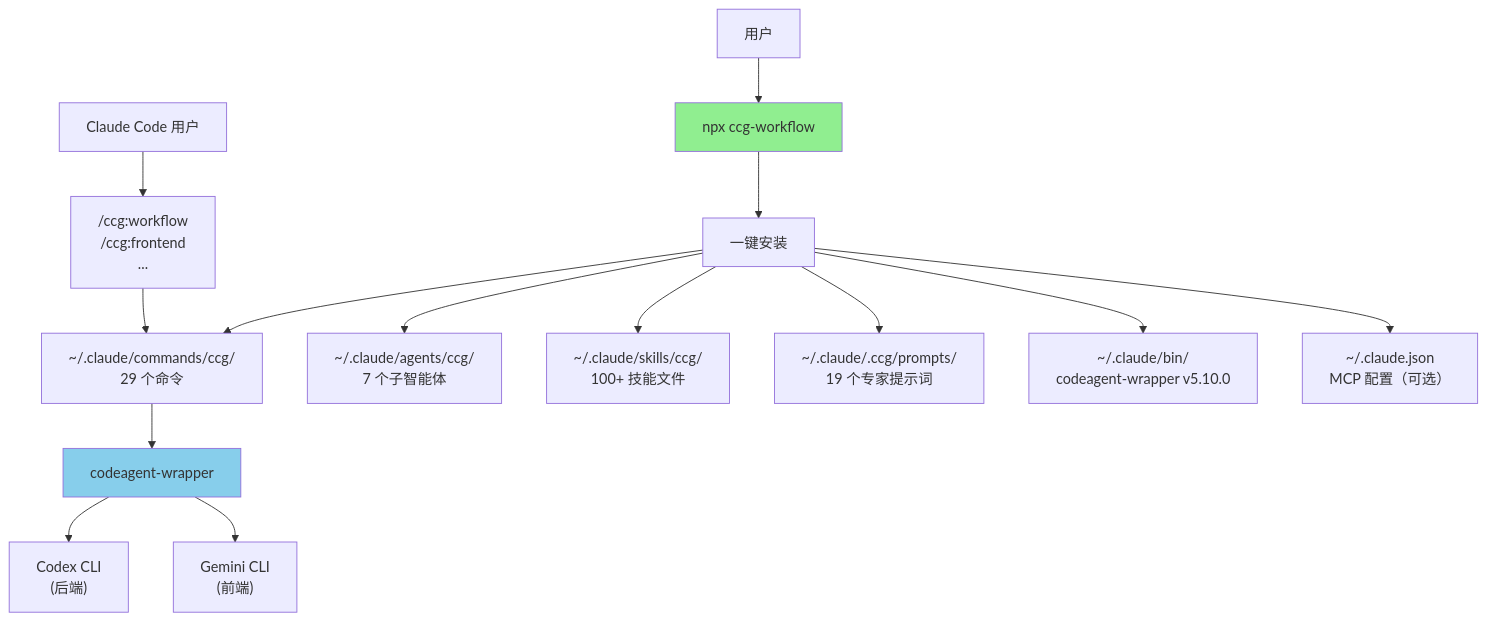
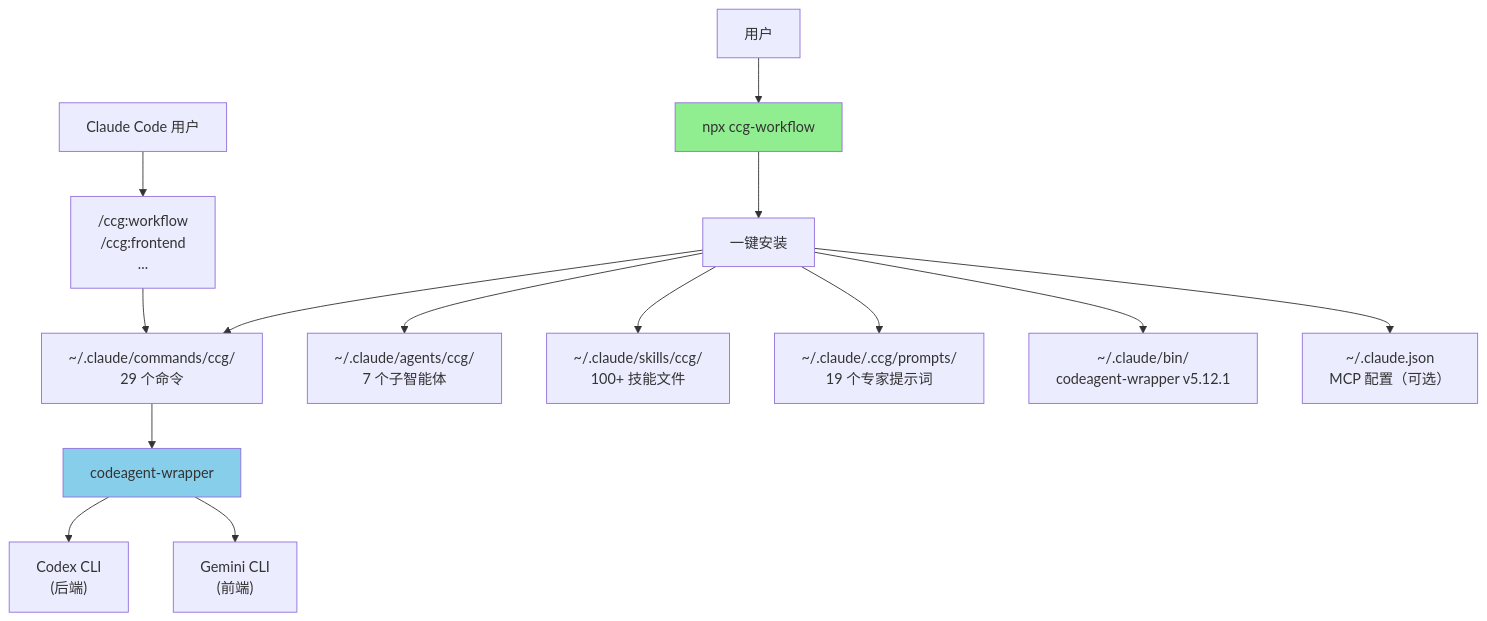
The diagram in CLAUDE.md (jed-zed/ccg-gptpro-worflow), drawn with Mermaid before and after one commit. The commit also changed other lines of this file and 24 other files, not shown here.

````diff
--- a/CLAUDE.md
+++ b/CLAUDE.md
@@ -598,22 +604,22 @@
 ```mermaid
 graph TD
     User["用户"] --> CLI["npx ccg-workflow"]
     CLI --> Init["一键安装"]
 
     Init --> Commands["~/.claude/commands/ccg/<br/>29 个命令"]
     Init --> Agents["~/.claude/agents/ccg/<br/>7 个子智能体"]
     Init --> Skills["~/.claude/skills/ccg/<br/>100+ 技能文件"]
     Init --> Prompts["~/.claude/.ccg/prompts/<br/>19 个专家提示词"]
-    Init --> Binary["~/.claude/bin/<br/>codeagent-wrapper v5.10.0"]
+    Init --> Binary["~/.claude/bin/<br/>codeagent-wrapper v5.12.1"]
     Init --> MCP["~/.claude.json<br/>MCP 配置（可选）"]
 
     User2["Claude Code 用户"] --> SlashCmd["/ccg:workflow<br/>/ccg:frontend<br/>..."]
     SlashCmd --> Commands
 
     Commands --> Wrapper["codeagent-wrapper"]
     Wrapper --> Codex["Codex CLI<br/>(后端)"]
     Wrapper --> Gemini["Gemini CLI<br/>(前端)"]
 
     style CLI fill:#90EE90
     style Wrapper fill:#87CEEB
 ```
````
